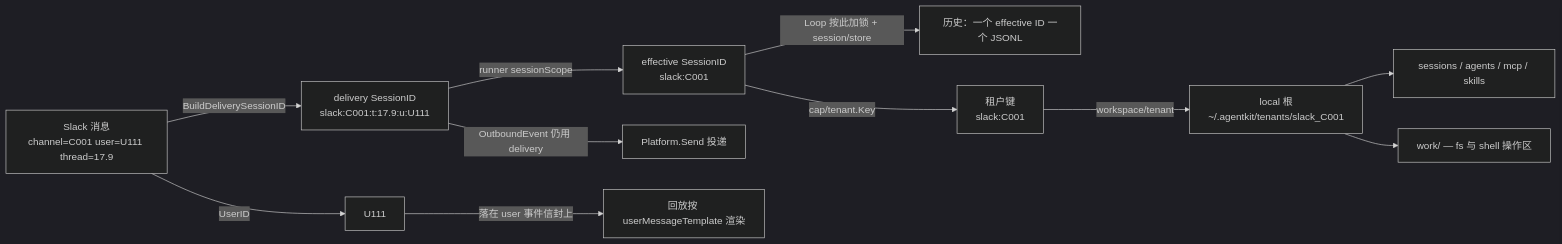
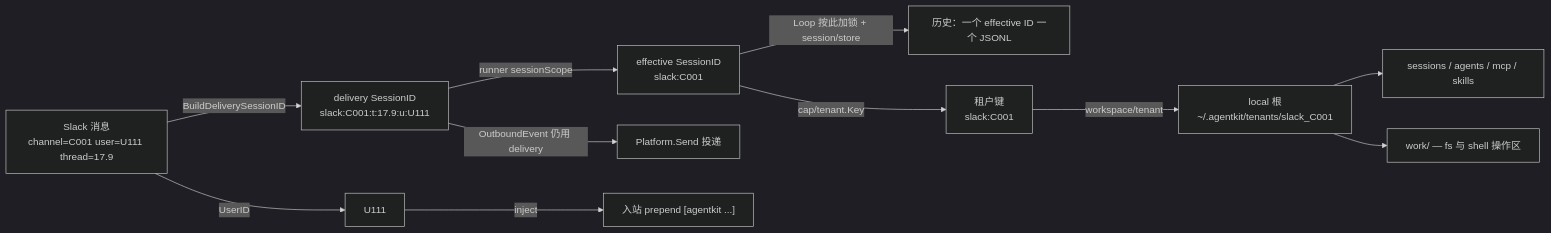
Before and after one commit to lengzhao/agentkit: the diagram in docs/guides/multi-tenant.zh.md, drawn with Mermaid (dark theme). The commit also changed other lines of this file and 47 other files, not shown here.

````diff
--- a/docs/guides/multi-tenant.zh.md
+++ b/docs/guides/multi-tenant.zh.md
@@ -13,14 +13,14 @@
 ```mermaid
 flowchart LR
   Msg["Slack 消息<br/>channel=C001 user=U111 thread=17.9"]
   Msg -->|BuildDeliverySessionID| D["delivery SessionID<br/>slack:C001:t:17.9:u:U111"]
   D -->|runner sessionScope| E["effective SessionID<br/>slack:C001"]
   Msg -->|UserID| UID["U111"]
   E -->|"Loop 按此加锁 + session/store"| Hist["历史：一个 effective ID 一个 JSONL"]
-  UID -->|"落在 user 事件信封上"| Attr["回放按 userMessageTemplate 渲染"]
+  UID -->|inject| Attr["入站 prepend [agentkit ...]"]
   E -->|"cap/tenant.Key"| TK["租户键<br/>slack:C001"]
   TK -->|workspace/tenant| Root["local 根<br/>~/.agentkit/tenants/slack_C001"]
   Root --> Runtime["sessions / agents / mcp / skills"]
   Root --> Work["work/ — fs 与 shell 操作区"]
   D -->|"OutboundEvent 仍用 delivery"| Reply["Platform.Send 投递"]
 ```
````
